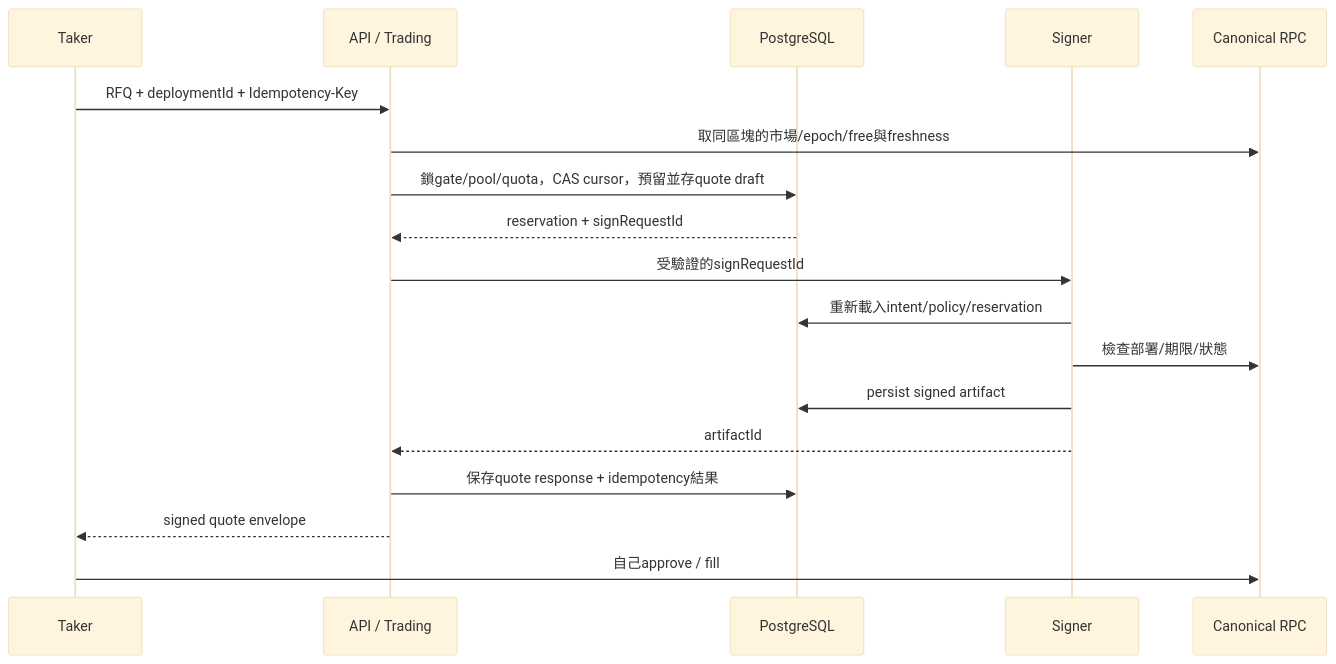
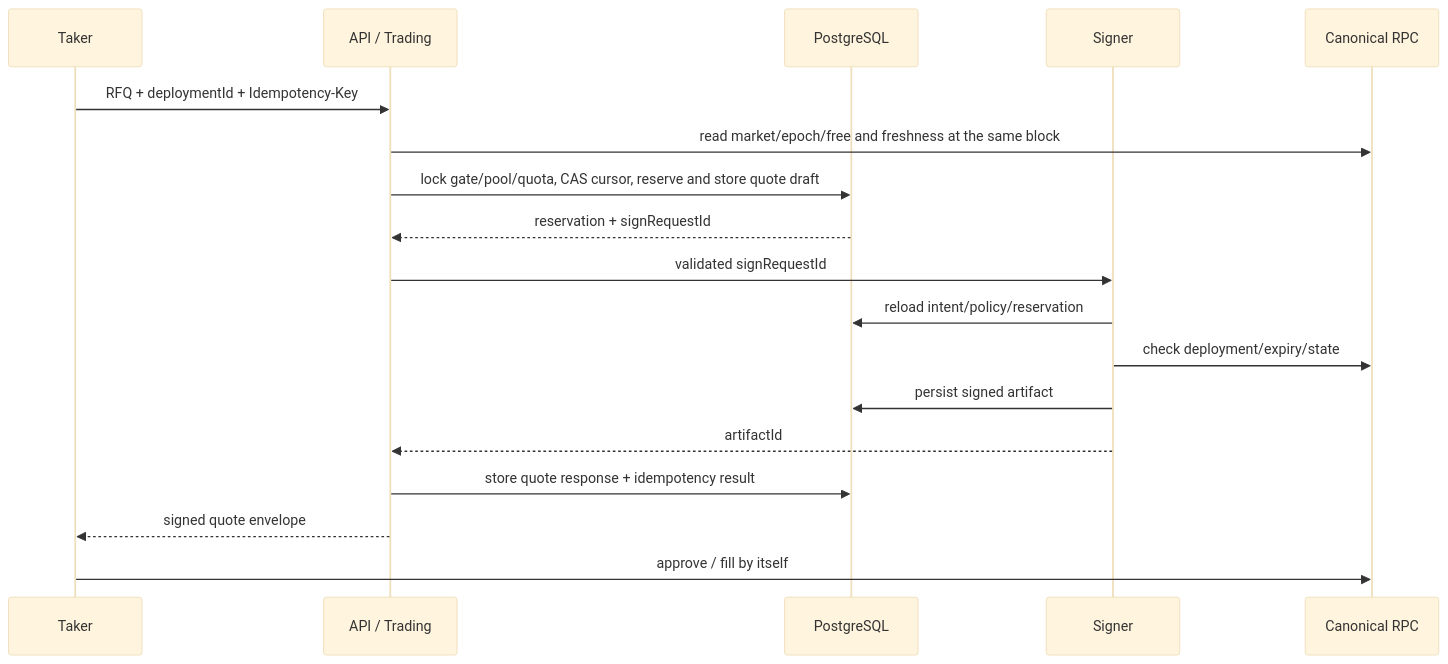
Before and after one commit to Blink-Markets/blinkmarket: the diagram in docs/design/04-execution-recovery.md, drawn with Mermaid (base theme). The commit also changed other lines of this file and 20 other files, not shown here.

````diff
--- a/docs/design/04-execution-recovery.md
+++ b/docs/design/04-execution-recovery.md
@@ -17,20 +19,20 @@
 ```mermaid
 sequenceDiagram
   participant T as Taker
   participant A as API / Trading
   participant D as PostgreSQL
   participant S as Signer
   participant C as Canonical RPC
   T->>A: RFQ + deploymentId + Idempotency-Key
-  A->>C: 取同區塊的市場/epoch/free與freshness
-  A->>D: 鎖gate/pool/quota，CAS cursor，預留並存quote draft
+  A->>C: read market/epoch/free and freshness at the same block
+  A->>D: lock gate/pool/quota, CAS cursor, reserve and store quote draft
   D-->>A: reservation + signRequestId
-  A->>S: 受驗證的signRequestId
-  S->>D: 重新載入intent/policy/reservation
-  S->>C: 檢查部署/期限/狀態
+  A->>S: validated signRequestId
+  S->>D: reload intent/policy/reservation
+  S->>C: check deployment/expiry/state
   S->>D: persist signed artifact
   S-->>A: artifactId
-  A->>D: 保存quote response + idempotency結果
+  A->>D: store quote response + idempotency result
   A-->>T: signed quote envelope
-  T->>C: 自己approve / fill
+  T->>C: approve / fill by itself
 ```
````
